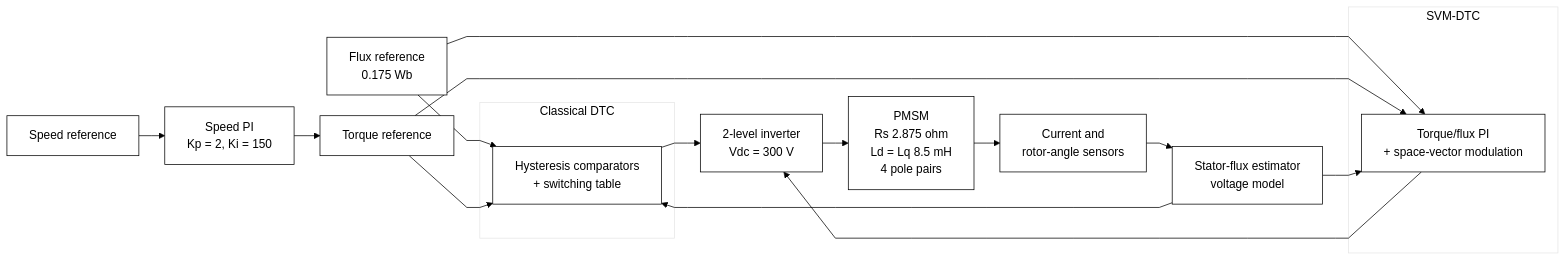
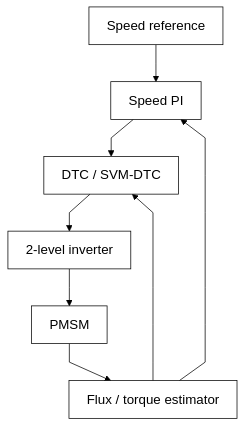
The diagram in experiments/exp01_svm_vs_classic_dtc/README.md (kunalkushwahatg/Direct-torque-control-of-PMSM-motor), drawn with Mermaid before and after one commit. The commit also changed 5 other files, not shown here.

Commit message:
Simplify and enlarge all remaining block diagrams

````diff
--- a/experiments/exp01_svm_vs_classic_dtc/README.md
+++ b/experiments/exp01_svm_vs_classic_dtc/README.md
@@ -40,23 +40,11 @@
 ```mermaid
-%%{init: {'theme': 'base', 'themeVariables': {'primaryColor': '#ffffff', 'primaryTextColor': '#000000', 'primaryBorderColor': '#000000', 'lineColor': '#000000', 'secondaryColor': '#ffffff', 'tertiaryColor': '#ffffff', 'fontFamily': 'Helvetica, Arial, sans-serif'}, 'flowchart': {'curve': 'linear', 'nodeSpacing': 28, 'rankSpacing': 35}, 'themeCSS': '.node rect, .node circle, .node ellipse, .node polygon, .node path { filter: none !important; stroke-width: 1px !important; } .cluster rect { filter: none !important; } .edgePath path { filter: none !important; stroke-width: 1px !important; }'}}%%
-flowchart LR
-    REF["Speed reference"] --> PI["Speed PI<br/>Kp = 2, Ki = 150"]
-    PI --> TREF["Torque reference"]
-    subgraph CLASSIC["Classical DTC"]
-        C1["Hysteresis comparators<br/>+ switching table"]
-    end
-    subgraph SVM["SVM-DTC"]
-        C2["Torque/flux PI<br/>+ space-vector modulation"]
-    end
-    FREF["Flux reference<br/>0.175 Wb"] --> C1
-    FREF --> C2
-    TREF --> C1
-    TREF --> C2
-    C1 --> INV["2-level inverter<br/>Vdc = 300 V"]
-    C2 --> INV
-    INV --> MOT["PMSM<br/>Rs 2.875 ohm<br/>Ld = Lq 8.5 mH<br/>4 pole pairs"]
-    MOT --> SEN["Current and<br/>rotor-angle sensors"]
-    SEN --> EST["Stator-flux estimator<br/>voltage model"]
-    EST --> C1
-    EST --> C2
+%%{init: {'theme': 'base', 'themeVariables': {'primaryColor': '#ffffff', 'primaryTextColor': '#000000', 'primaryBorderColor': '#000000', 'lineColor': '#000000', 'secondaryColor': '#ffffff', 'tertiaryColor': '#ffffff', 'fontFamily': 'Arial, Helvetica, sans-serif', 'fontSize': '18px'}, 'flowchart': {'curve': 'linear', 'nodeSpacing': 40, 'rankSpacing': 50, 'padding': 12}, 'themeCSS': '.node rect, .node circle, .node ellipse, .node polygon, .node path { filter: none !important; stroke-width: 1.5px !important; } .cluster rect { filter: none !important; } .edgePath path { filter: none !important; stroke-width: 1.5px !important; } .nodeLabel { font-size: 18px !important; } .edgeLabel { font-size: 16px !important; }'}}%%
+flowchart TB
+    SR["Speed reference"] --> SPI["Speed PI"]
+    SPI --> DTC["DTC / SVM-DTC"]
+    DTC --> INV["2-level inverter"]
+    INV --> PMSM["PMSM"]
+    PMSM --> EST["Flux / torque estimator"]
+    EST --> DTC
+    EST --> SPI
 ```
````
